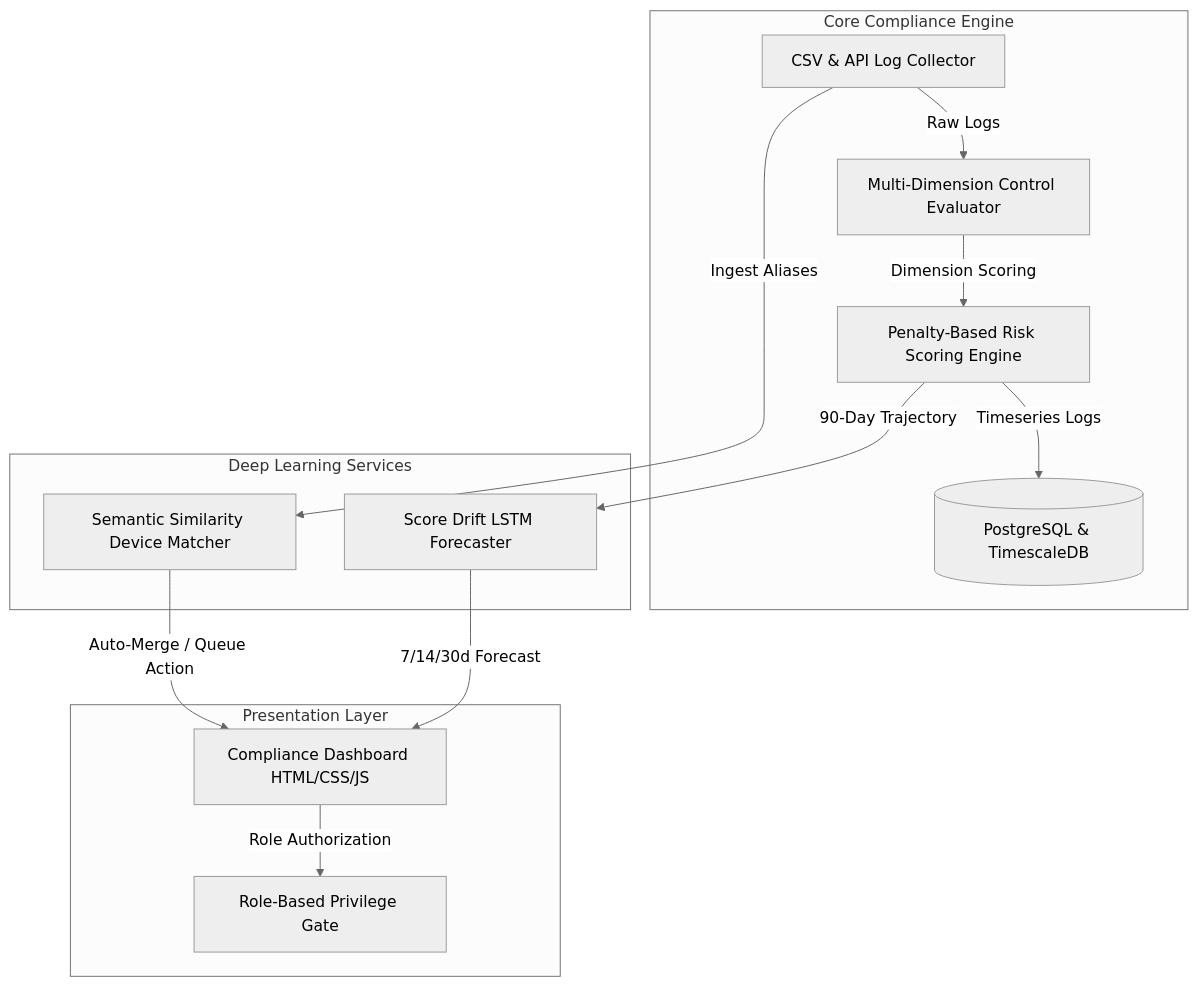
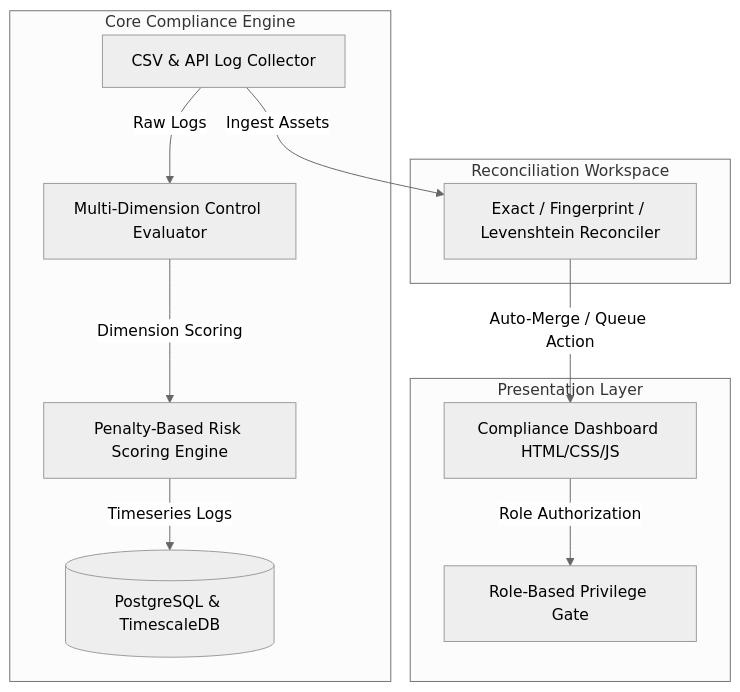
The diagram in README.md (ComradeCosmos/eud-compliance-dashboard-audit), drawn with Mermaid (neutral theme) before and after one commit. The commit also changed other lines of this file, not shown here.

Commit message:
Update README.md to remove AI references and document deterministic cryptographic/Levenshtein reconciler

````diff
--- a/README.md
+++ b/README.md
@@ -16,28 +14,25 @@
 ```mermaid
 graph TD
     subgraph Frontend [Presentation Layer]
         UI[Compliance Dashboard HTML/CSS/JS]
         RBAC[Role-Based Privilege Gate]
     end
 
     subgraph Backend [Core Compliance Engine]
         Collector[CSV & API Log Collector]
         Evaluator[Multi-Dimension Control Evaluator]
         RiskEngine[Penalty-Based Risk Scoring Engine]
         DB[(PostgreSQL & TimescaleDB)]
     end
 
-    subgraph AI [Deep Learning Services]
-        LSTM[Score Drift LSTM Forecaster]
-        MiniLM[Semantic Similarity Device Matcher]
+    subgraph Reconciler [Reconciliation Workspace]
+        Matcher[Exact / Fingerprint / Levenshtein Reconciler]
     end
 
     UI -->|Role Authorization| RBAC
     Collector -->|Raw Logs| Evaluator
     Evaluator -->|Dimension Scoring| RiskEngine
     RiskEngine -->|Timeseries Logs| DB
-    RiskEngine -->|90-Day Trajectory| LSTM
-    Collector -->|Ingest Aliases| MiniLM
-    LSTM -->|7/14/30d Forecast| UI
-    MiniLM -->|Auto-Merge / Queue Action| UI
+    Collector -->|Ingest Assets| Matcher
+    Matcher -->|Auto-Merge / Queue Action| UI
 ```
````
